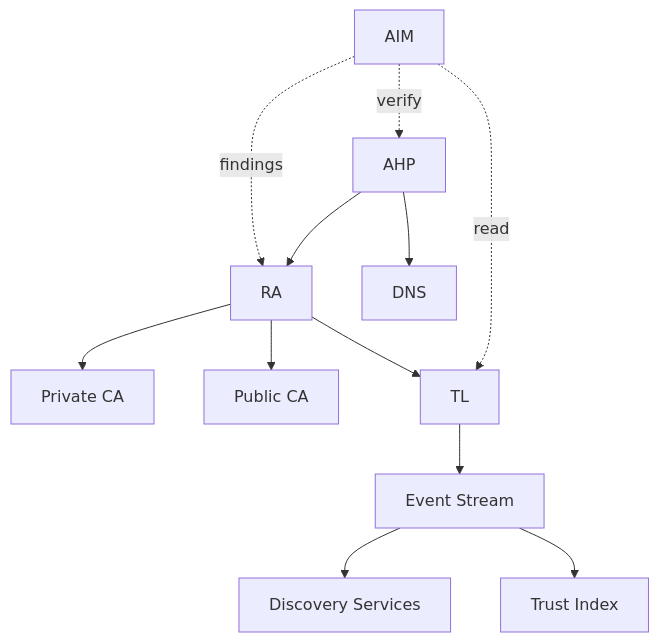
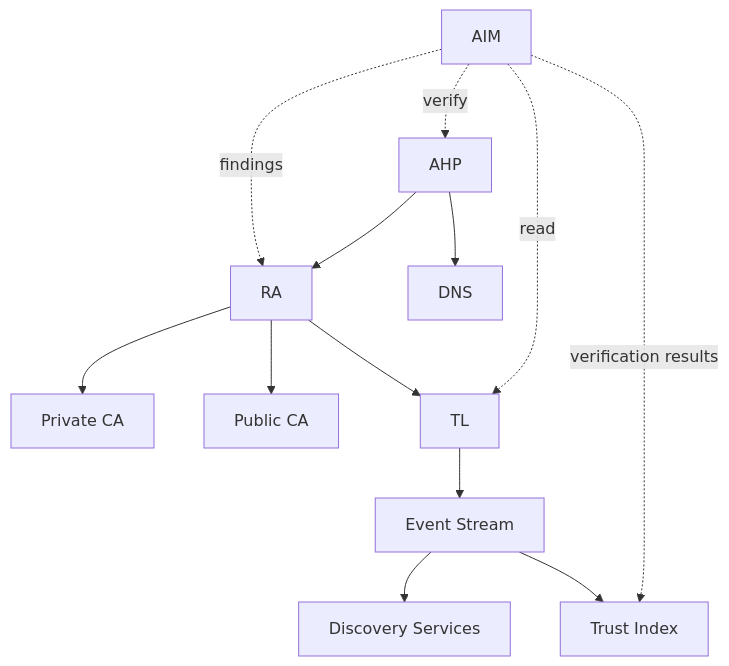
One commit to agentnameservice/ans-registry changed the first of 5 diagrams in DESIGN.md. Above: the diagram before and after it, drawn with Mermaid. The commit also changed other lines of this file and 1 other file, not shown here.

First line of the commit message:
docs: expand AIM to general-purpose verification worker

````diff
--- a/DESIGN.md
+++ b/DESIGN.md
@@ -196,14 +196,15 @@
 ```mermaid
 graph TD
     AHP["AHP"] --> RA["RA"]
     AHP --> DNS["DNS"]
     RA --> PriCA["Private CA"]
     RA --> PubCA["Public CA"]
     RA --> TL["TL"]
     TL --> ES["Event Stream"]
     ES --> Disc["Discovery Services"]
     ES --> TI["Trust Index"]
     AIM["AIM"] -.->|"findings"| RA
     AIM -.->|"verify"| AHP
     AIM -.->|"read"| TL
+    AIM -.->|"verification results"| TI
 ```
````
